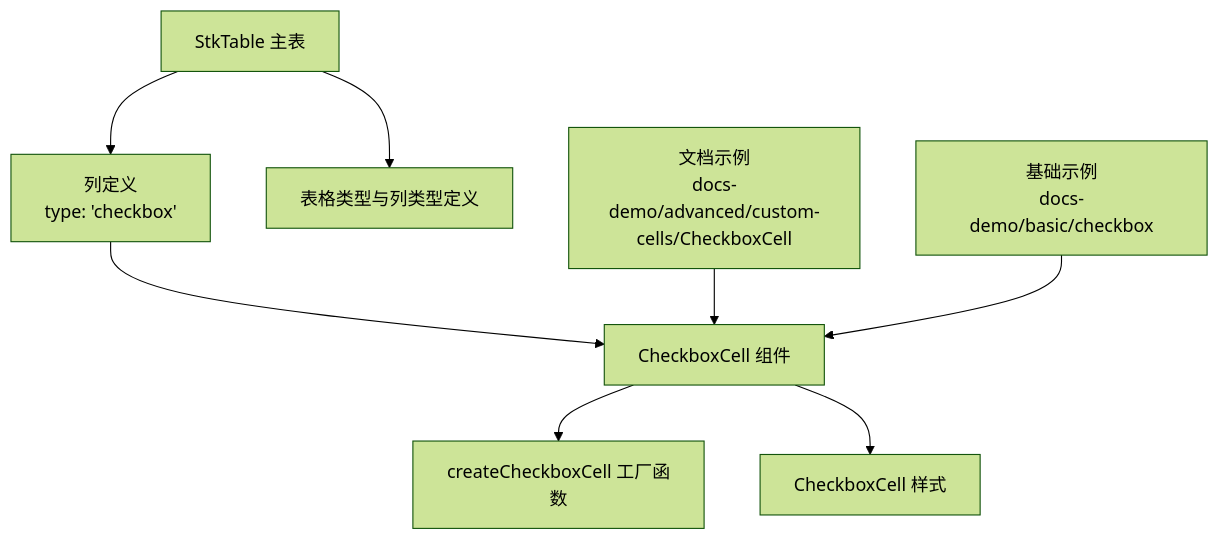
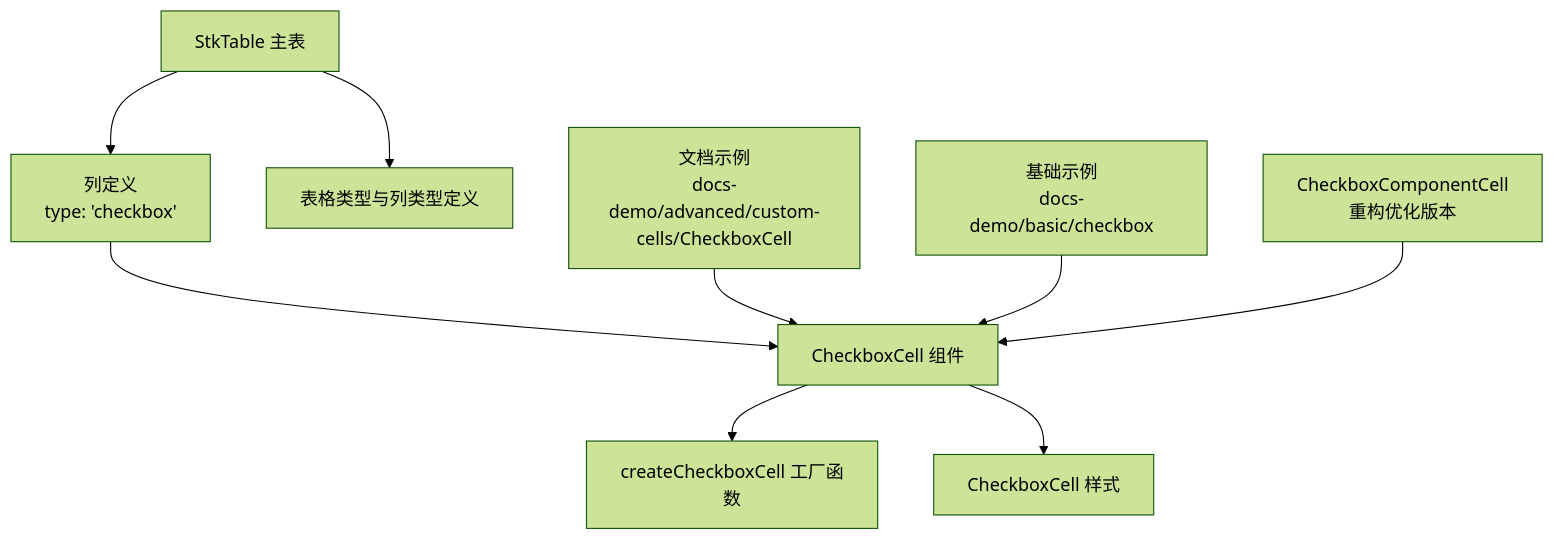
One commit to ja-plus/stk-table-vue changed the first of 3 diagrams in .qoder/repowiki/zh/content/自定义单元格/复选框单元格.md. Above: the diagram before and after it, drawn with Mermaid (forest theme). The commit also changed other lines of this file and 54 other files, not shown here.

````diff
--- a/.qoder/repowiki/zh/content/自定义单元格/复选框单元格.md
+++ b/.qoder/repowiki/zh/content/自定义单元格/复选框单元格.md
@@ -34,10 +43,11 @@
 ```mermaid
 graph TB
 A["StkTable 主表"] --> B["列定义<br/>type: 'checkbox'"]
 B --> C["CheckboxCell 组件"]
 C --> D["createCheckboxCell 工厂函数"]
 C --> E["CheckboxCell 样式"]
 A --> F["表格类型与列类型定义"]
 G["文档示例<br/>docs-demo/advanced/custom-cells/CheckboxCell"] --> C
 H["基础示例<br/>docs-demo/basic/checkbox"] --> C
+I["CheckboxComponentCell<br/>重构优化版本"] --> C
 ```
````
